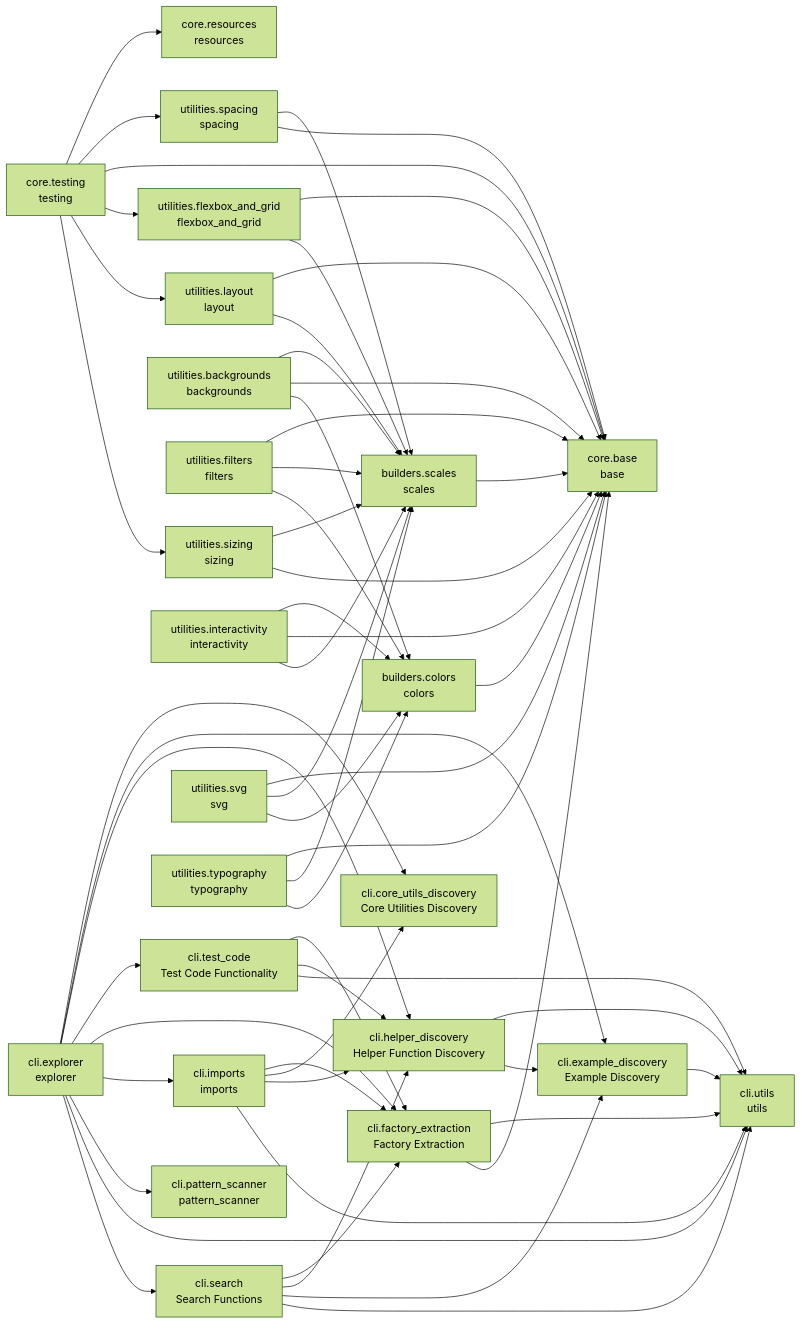
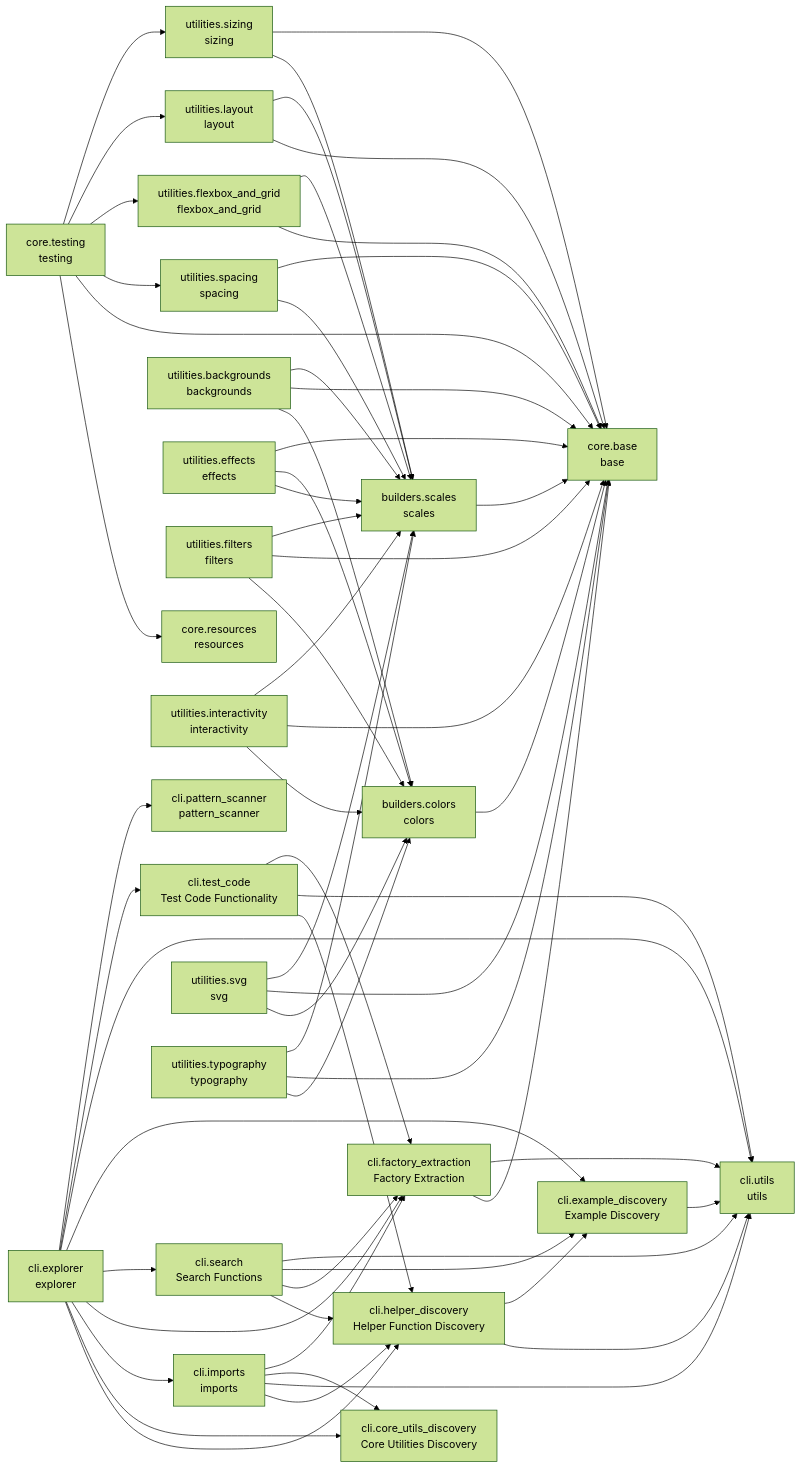
Before and after one commit to cj-mills/cjm-fasthtml-tailwind: the diagram in README.md, drawn with Mermaid (forest theme). The commit also changed other lines of this file and 10 other files, not shown here.

Commit message:
Implement effects utilities.

````diff
--- a/README.md
+++ b/README.md
@@ -63,6 +64,7 @@
     core_resources[core.resources<br/>resources]
     core_testing[core.testing<br/>testing]
     utilities_backgrounds[utilities.backgrounds<br/>backgrounds]
+    utilities_effects[utilities.effects<br/>effects]
     utilities_filters[utilities.filters<br/>filters]
     utilities_flexbox_and_grid[utilities.flexbox_and_grid<br/>flexbox_and_grid]
     utilities_interactivity[utilities.interactivity<br/>interactivity]
@@ -75,42 +77,45 @@
     builders_colors --> core_base
     builders_scales --> core_base
     cli_example_discovery --> cli_utils
+    cli_explorer --> cli_pattern_scanner
+    cli_explorer --> cli_test_code
+    cli_explorer --> cli_utils
+    cli_explorer --> cli_example_discovery
     cli_explorer --> cli_search
-    cli_explorer --> cli_utils
-    cli_explorer --> cli_pattern_scanner
+    cli_explorer --> cli_factory_extraction
     cli_explorer --> cli_imports
-    cli_explorer --> cli_factory_extraction
-    cli_explorer --> cli_test_code
+    cli_explorer --> cli_core_utils_discovery
     cli_explorer --> cli_helper_discovery
-    cli_explorer --> cli_example_discovery
-    cli_explorer --> cli_core_utils_discovery
+    cli_factory_extraction --> cli_utils
     cli_factory_extraction --> core_base
-    cli_factory_extraction --> cli_utils
     cli_helper_discovery --> cli_example_discovery
     cli_helper_discovery --> cli_utils
+    cli_imports --> cli_factory_extraction
+    cli_imports --> cli_core_utils_discovery
     cli_imports --> cli_utils
     cli_imports --> cli_helper_discovery
-    cli_imports --> cli_core_utils_discovery
-    cli_imports --> cli_factory_extraction
     cli_search --> cli_utils
     cli_search --> cli_example_discovery
+    cli_search --> cli_factory_extraction
     cli_search --> cli_helper_discovery
-    cli_search --> cli_factory_extraction
+    cli_test_code --> cli_factory_extraction
     cli_test_code --> cli_utils
     cli_test_code --> cli_helper_discovery
-    cli_test_code --> cli_factory_extraction
     core_testing --> utilities_sizing
     core_testing --> utilities_layout
     core_testing --> utilities_flexbox_and_grid
+    core_testing --> utilities_spacing
     core_testing --> core_base
-    core_testing --> utilities_spacing
     core_testing --> core_resources
+    utilities_backgrounds --> builders_scales
+    utilities_backgrounds --> core_base
     utilities_backgrounds --> builders_colors
-    utilities_backgrounds --> core_base
-    utilities_backgrounds --> builders_scales
-    utilities_filters --> builders_colors
+    utilities_effects --> core_base
+    utilities_effects --> builders_colors
+    utilities_effects --> builders_scales
     utilities_filters --> builders_scales
     utilities_filters --> core_base
+    utilities_filters --> builders_colors
     utilities_flexbox_and_grid --> builders_scales
     utilities_flexbox_and_grid --> core_base
     utilities_interactivity --> builders_scales
@@ -122,10 +127,10 @@
     utilities_sizing --> builders_scales
     utilities_spacing --> core_base
     utilities_spacing --> builders_scales
-    utilities_svg --> builders_colors
     utilities_svg --> builders_scales
     utilities_svg --> core_base
-    utilities_typography --> builders_colors
+    utilities_svg --> builders_colors
     utilities_typography --> builders_scales
     utilities_typography --> core_base
+    utilities_typography --> builders_colors
 ```
````
